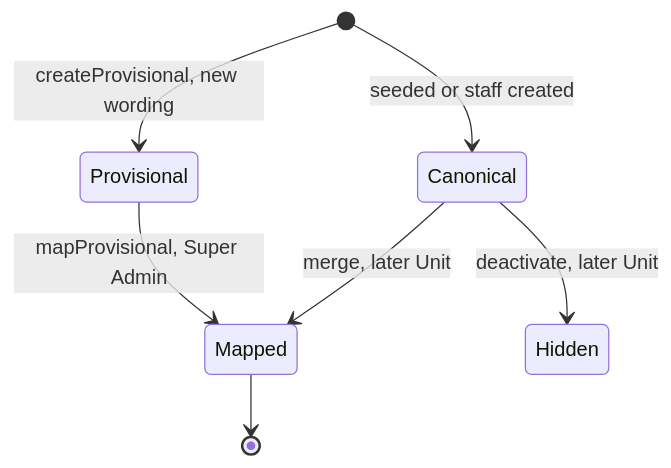
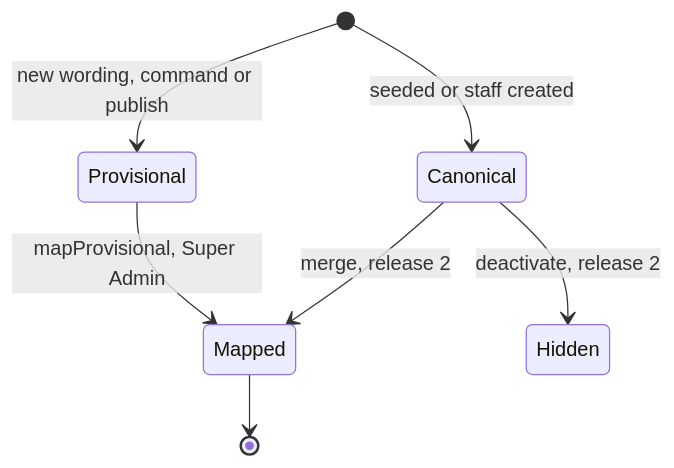
Before and after one commit to Md-Alamin-BS/RogiKotha: the first of 2 diagrams in docs/aidlc-migration/design-drafts/t-201-directory-and-taxonomy-modules/functional-spec.md, drawn with Mermaid. The commit also changed other lines of this file and 62 other files, not shown here.

````diff
--- a/docs/aidlc-migration/design-drafts/t-201-directory-and-taxonomy-modules/functional-spec.md
+++ b/docs/aidlc-migration/design-drafts/t-201-directory-and-taxonomy-modules/functional-spec.md
@@ -150,9 +172,9 @@
 ```mermaid
 stateDiagram-v2
-    [*] --> Provisional: createProvisional, new wording
+    [*] --> Provisional: new wording, command or publish
     [*] --> Canonical: seeded or staff created
     Provisional --> Mapped: mapProvisional, Super Admin
-    Canonical --> Mapped: merge, later Unit
-    Canonical --> Hidden: deactivate, later Unit
+    Canonical --> Mapped: merge, release 2
+    Canonical --> Hidden: deactivate, release 2
     Mapped --> [*]
 ```
````
